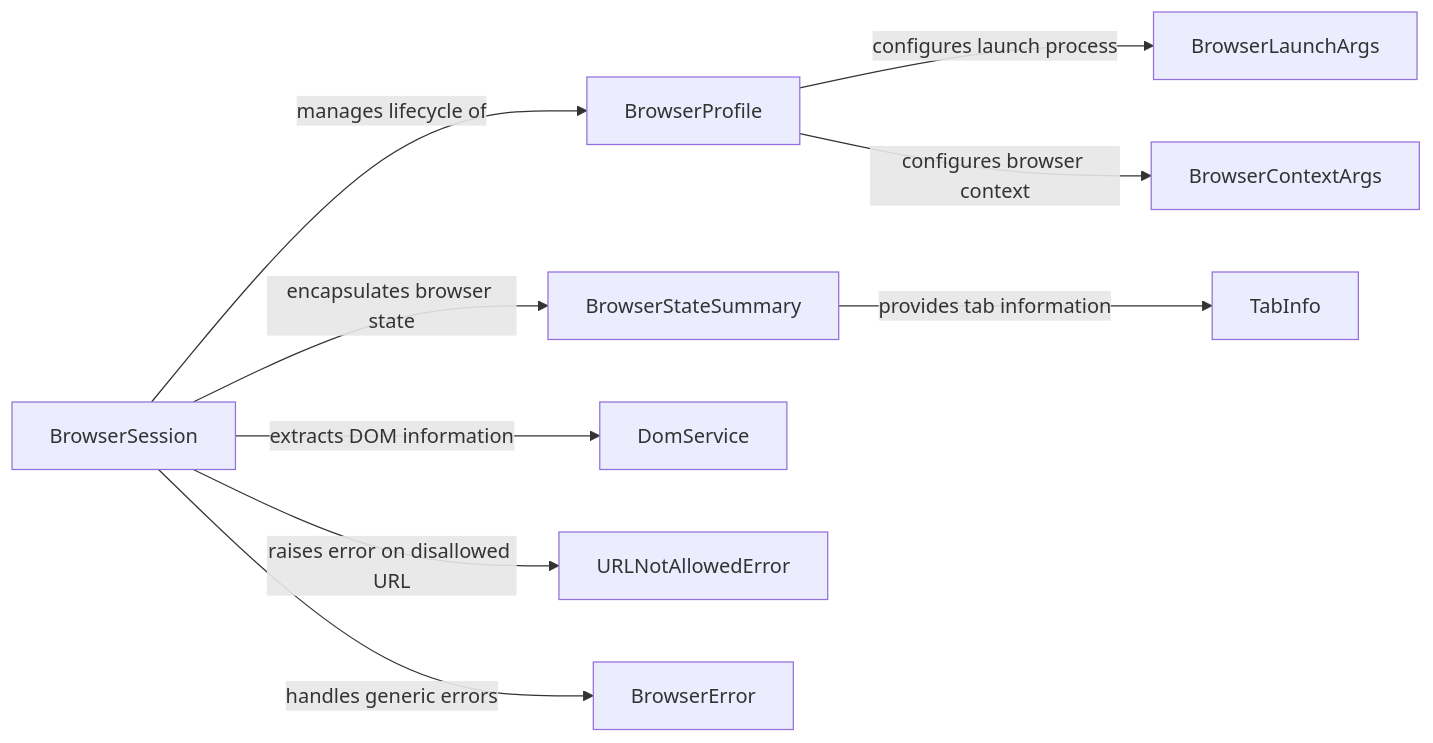
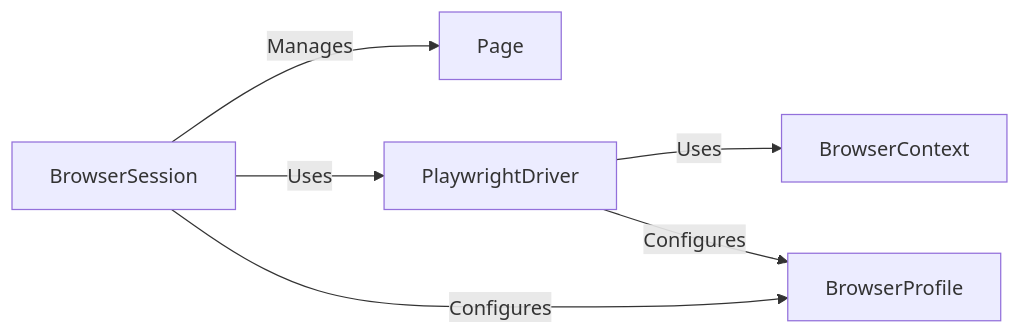
One commit to CodeBoarding/GeneratedOnBoardings changed the diagram in browser-use/Browser Management.md. Above: the diagram before and after it, drawn with Mermaid. The commit also changed other lines of this file and 11 other files, not shown here.

````diff
--- a/browser-use/Browser Management.md
+++ b/browser-use/Browser Management.md
@@ -1,20 +1,13 @@
 ```mermaid
 graph LR
     BrowserSession["BrowserSession"]
     BrowserProfile["BrowserProfile"]
-    BrowserLaunchArgs["BrowserLaunchArgs"]
-    BrowserContextArgs["BrowserContextArgs"]
-    BrowserStateSummary["BrowserStateSummary"]
-    TabInfo["TabInfo"]
-    DomService["DomService"]
-    URLNotAllowedError["URLNotAllowedError"]
-    BrowserError["BrowserError"]
-    BrowserSession -- "manages lifecycle of" --> BrowserProfile
-    BrowserProfile -- "configures launch process" --> BrowserLaunchArgs
-    BrowserProfile -- "configures browser context" --> BrowserContextArgs
-    BrowserSession -- "encapsulates browser state" --> BrowserStateSummary
-    BrowserStateSummary -- "provides tab information" --> TabInfo
-    BrowserSession -- "extracts DOM information" --> DomService
-    BrowserSession -- "raises error on disallowed URL" --> URLNotAllowedError
-    BrowserSession -- "handles generic errors" --> BrowserError
+    PlaywrightDriver["PlaywrightDriver"]
+    Page["Page"]
+    BrowserContext["BrowserContext"]
+    BrowserSession -- "Manages" --> Page
+    BrowserSession -- "Uses" --> PlaywrightDriver
+    BrowserSession -- "Configures" --> BrowserProfile
+    PlaywrightDriver -- "Uses" --> BrowserContext
+    PlaywrightDriver -- "Configures" --> BrowserProfile
 ```
````
